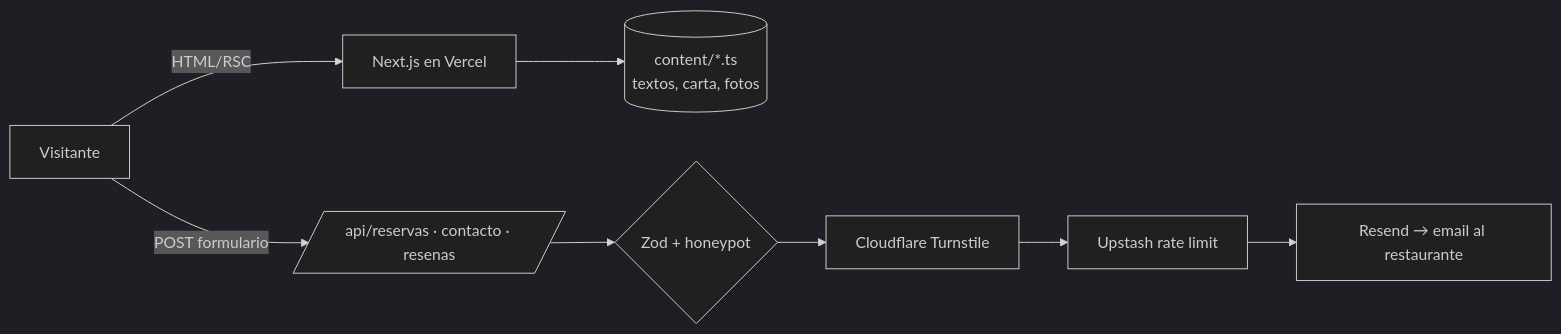
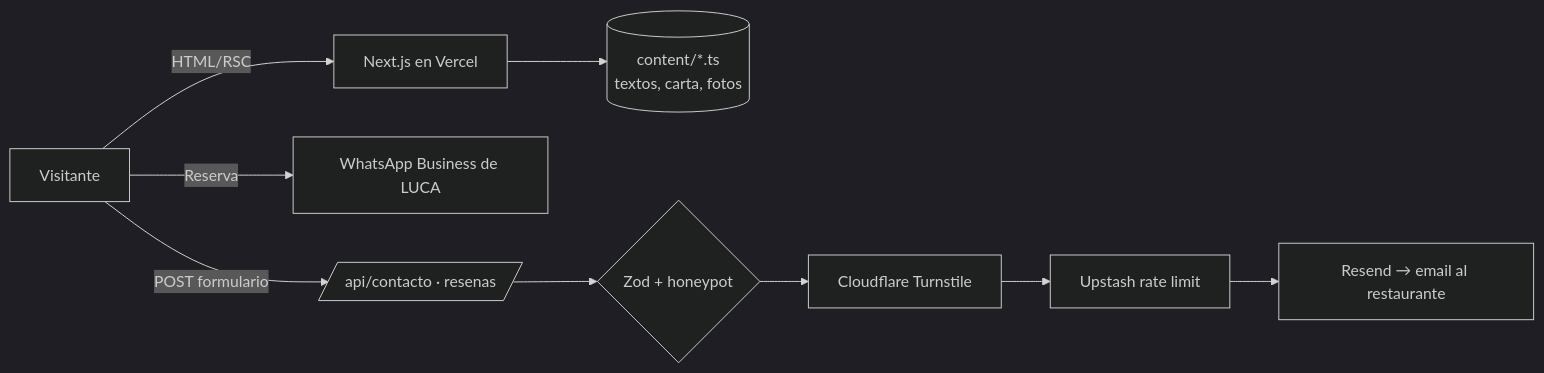
The diagram in README.md (alexislarem/Pizzeria_Nap_Lucca), drawn with Mermaid (dark theme) before and after one commit. The commit also changed other lines of this file and 18 other files, not shown here.

First line of the commit message:
Reservas por WhatsApp y titular legal real

````diff
--- a/README.md
+++ b/README.md
@@ -87,10 +87,11 @@
 ```mermaid
 flowchart LR
     U[Visitante] -->|HTML/RSC| N[Next.js en Vercel]
     N --> C[(content/*.ts<br/>textos, carta, fotos)]
-    U -->|POST formulario| A[/api/reservas · contacto · resenas/]
+    U -->|Reserva| W[WhatsApp Business de LUCA]
+    U -->|POST formulario| A[/api/contacto · resenas/]
     A --> Z{Zod + honeypot}
     Z --> T[Cloudflare Turnstile]
     T --> R[Upstash rate limit]
     R --> E[Resend → email al restaurante]
 ```
````
